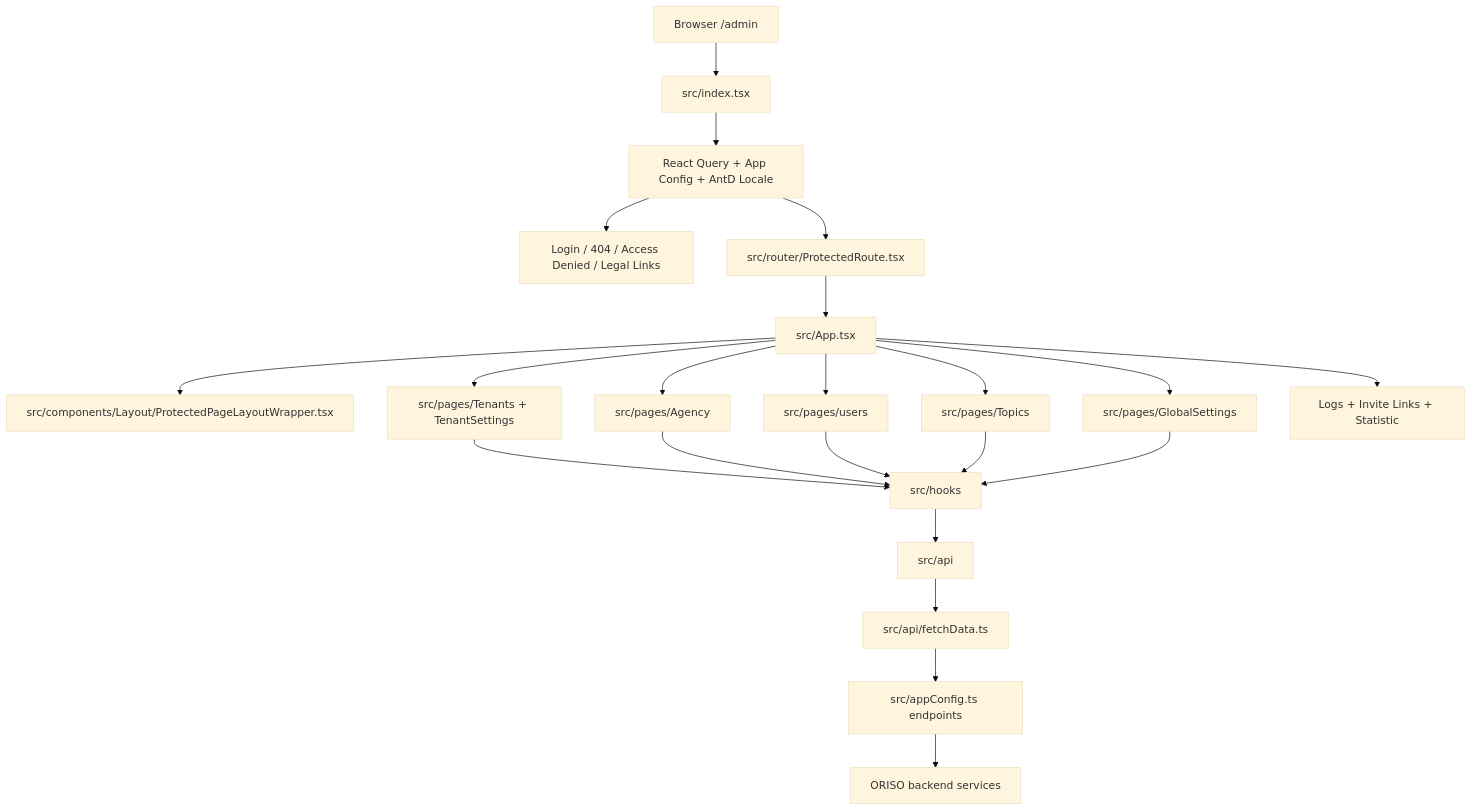
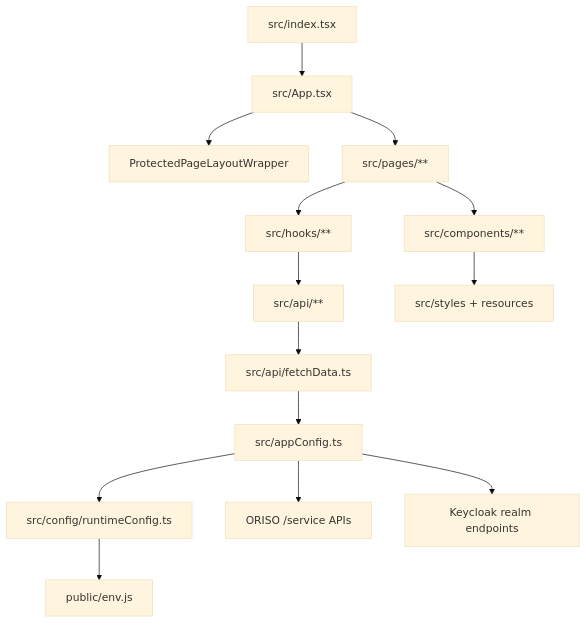
One commit to OpenResilienceInitiative/ORISO-Admin changed the diagram in .understand-anything/visuals/architecture-flow.mmd. Above: the diagram before and after it, drawn with Mermaid (base theme). The commit also changed other lines of this file and 293 other files, not shown here.

```diff
--- a/.understand-anything/visuals/architecture-flow.mmd
+++ b/.understand-anything/visuals/architecture-flow.mmd
@@ -1,22 +1,14 @@
 flowchart TD
-  Browser[Browser /admin] --> Bootstrap[src/index.tsx]
-  Bootstrap --> Providers[React Query + App Config + AntD Locale]
-  Providers --> PublicRoutes[Login / 404 / Access Denied / Legal Links]
-  Providers --> ProtectedRoute[src/router/ProtectedRoute.tsx]
-  ProtectedRoute --> App[src/App.tsx]
-  App --> Layout[src/components/Layout/ProtectedPageLayoutWrapper.tsx]
-  App --> TenantPages[src/pages/Tenants + TenantSettings]
-  App --> AgencyPages[src/pages/Agency]
-  App --> UserPages[src/pages/users]
-  App --> TopicPages[src/pages/Topics]
-  App --> GlobalSettings[src/pages/GlobalSettings]
-  App --> LogsInviteStats[Logs + Invite Links + Statistic]
-  TenantPages --> Hooks[src/hooks]
-  AgencyPages --> Hooks
-  UserPages --> Hooks
-  TopicPages --> Hooks
-  GlobalSettings --> Hooks
-  Hooks --> ApiClients[src/api]
-  ApiClients --> FetchData[src/api/fetchData.ts]
-  FetchData --> Endpoints[src/appConfig.ts endpoints]
-  Endpoints --> Backend[ORISO backend services]
+  Index[src/index.tsx] --> App[src/App.tsx]
+  App --> ProtectedLayout[ProtectedPageLayoutWrapper]
+  App --> Pages[src/pages/**]
+  Pages --> Hooks[src/hooks/**]
+  Hooks --> Api[src/api/**]
+  Api --> Fetch[src/api/fetchData.ts]
+  Fetch --> Config[src/appConfig.ts]
+  Config --> Runtime[src/config/runtimeConfig.ts]
+  Runtime --> Env[public/env.js]
+  Config --> Backend[ORISO /service APIs]
+  Config --> Keycloak[Keycloak realm endpoints]
+  Pages --> Components[src/components/**]
+  Components --> Styles[src/styles + resources]
```
